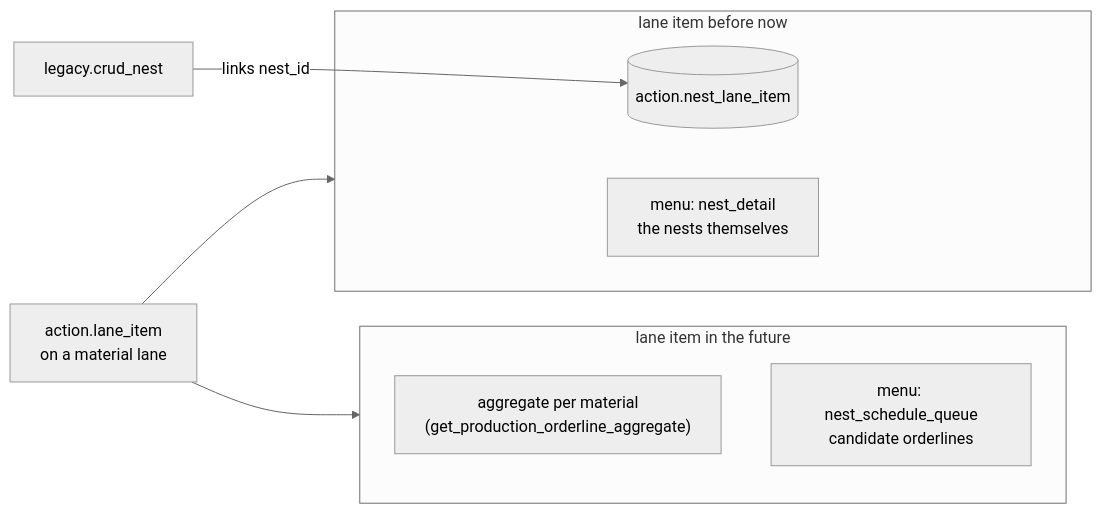
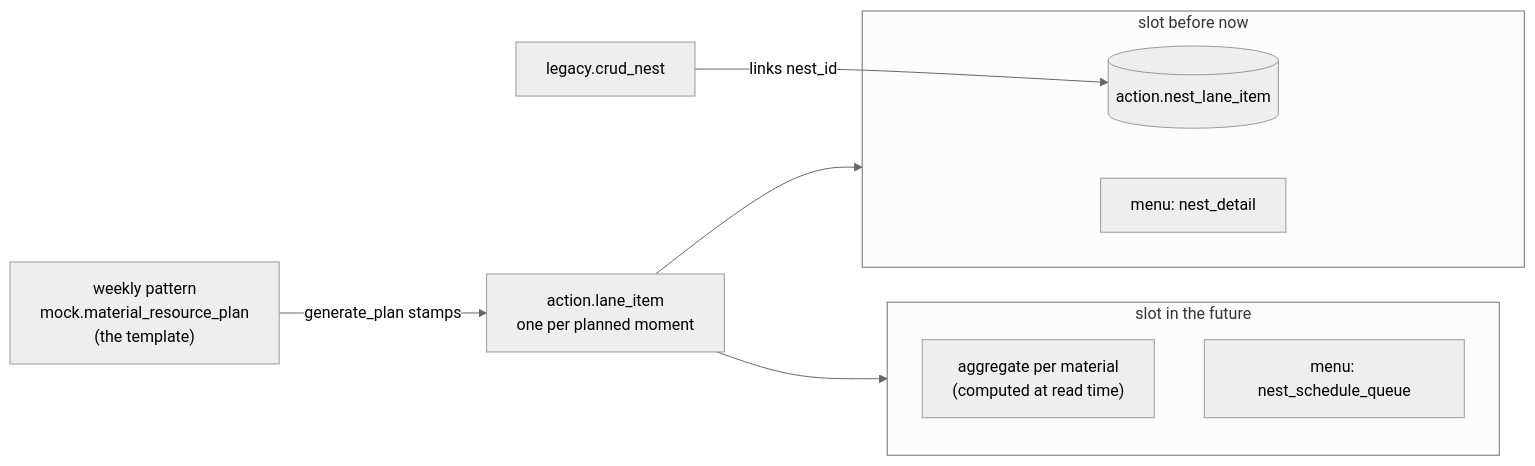
Before and after one commit to CeesBolijn/postgres-sflex-nl: the diagram in docs/nest-planning-lane-items.md, drawn with Mermaid (neutral theme). The commit also changed other lines of this file, not shown here.

Commit message:
docs: nest planning plan v2 — real lane items for future moments, no copy_index

````diff
--- a/docs/nest-planning-lane-items.md
+++ b/docs/nest-planning-lane-items.md
@@ -9,14 +11,15 @@
 ```mermaid
 flowchart LR
-    subgraph future["lane item in the future"]
-        A["aggregate per material<br/>(get_production_orderline_aggregate)"]
-        Q["menu: nest_schedule_queue<br/>candidate orderlines"]
+    P["weekly pattern<br/>mock.material_resource_plan<br/>(the template)"] -->|"generate_plan stamps"| L["action.lane_item<br/>one per planned moment"]
+    subgraph future["slot in the future"]
+        A["aggregate per material<br/>(computed at read time)"]
+        Q["menu: nest_schedule_queue"]
     end
-    subgraph past["lane item before now"]
+    subgraph past["slot before now"]
         N[(action.nest_lane_item)]
-        D["menu: nest_detail<br/>the nests themselves"]
+        D["menu: nest_detail"]
     end
-    L["action.lane_item<br/>on a material lane"] --> future
+    L --> future
     L --> past
     C["legacy.crud_nest"] -->|"links nest_id"| N
 ```
````
